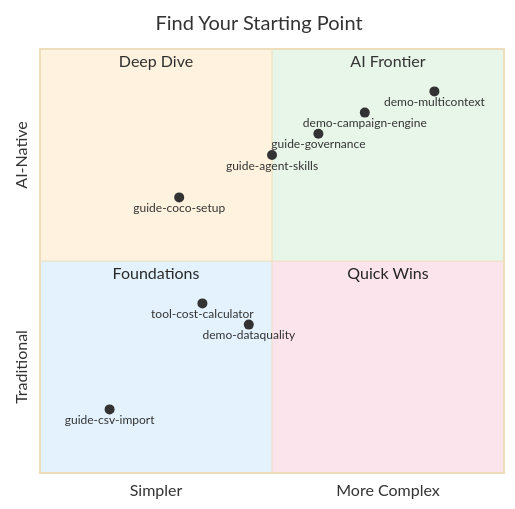
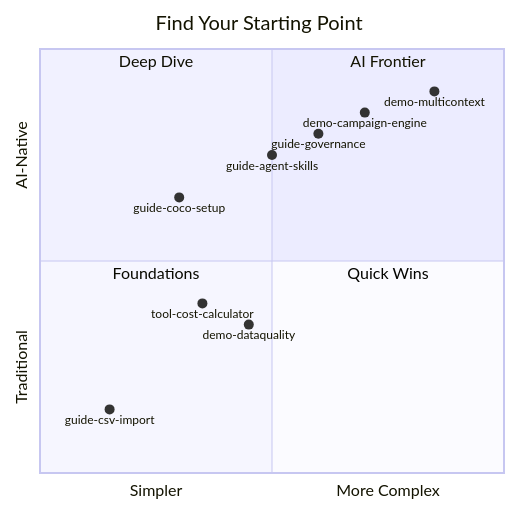
The first of 2 diagrams in README.md (sfc-gh-miwhitaker/sfe-public), drawn with Mermaid before and after one commit.

Commit message:
docs: remove outdated mermaid diagram from README.md
- Deleted the previous mermaid diagram initialization from `README.md` to streamline documentation and improve clarity.
- This change aims to enhance the overall readability of the README by eliminating unnecessary complexity in visual representations.

````diff
--- a/README.md
+++ b/README.md
@@ -10,19 +10,18 @@
 ```mermaid
-%%{init: {'theme': 'base', 'themeVariables': { 'quadrant1Fill': '#e8f5e9', 'quadrant2Fill': '#fff3e0', 'quadrant3Fill': '#e3f2fd', 'quadrant4Fill': '#fce4ec'}}}%%
 quadrantChart
     title Find Your Starting Point
     x-axis Simpler --> More Complex
     y-axis Traditional --> AI-Native
     quadrant-1 AI Frontier
     quadrant-2 Deep Dive
     quadrant-3 Foundations
     quadrant-4 Quick Wins
     guide-csv-import: [0.15, 0.15]
     guide-coco-setup: [0.3, 0.65]
     tool-cost-calculator: [0.35, 0.4]
     demo-dataquality: [0.45, 0.35]
     guide-agent-skills: [0.5, 0.75]
     demo-campaign-engine: [0.7, 0.85]
     demo-multicontext: [0.85, 0.9]
     guide-governance: [0.6, 0.8]
 ```
````
